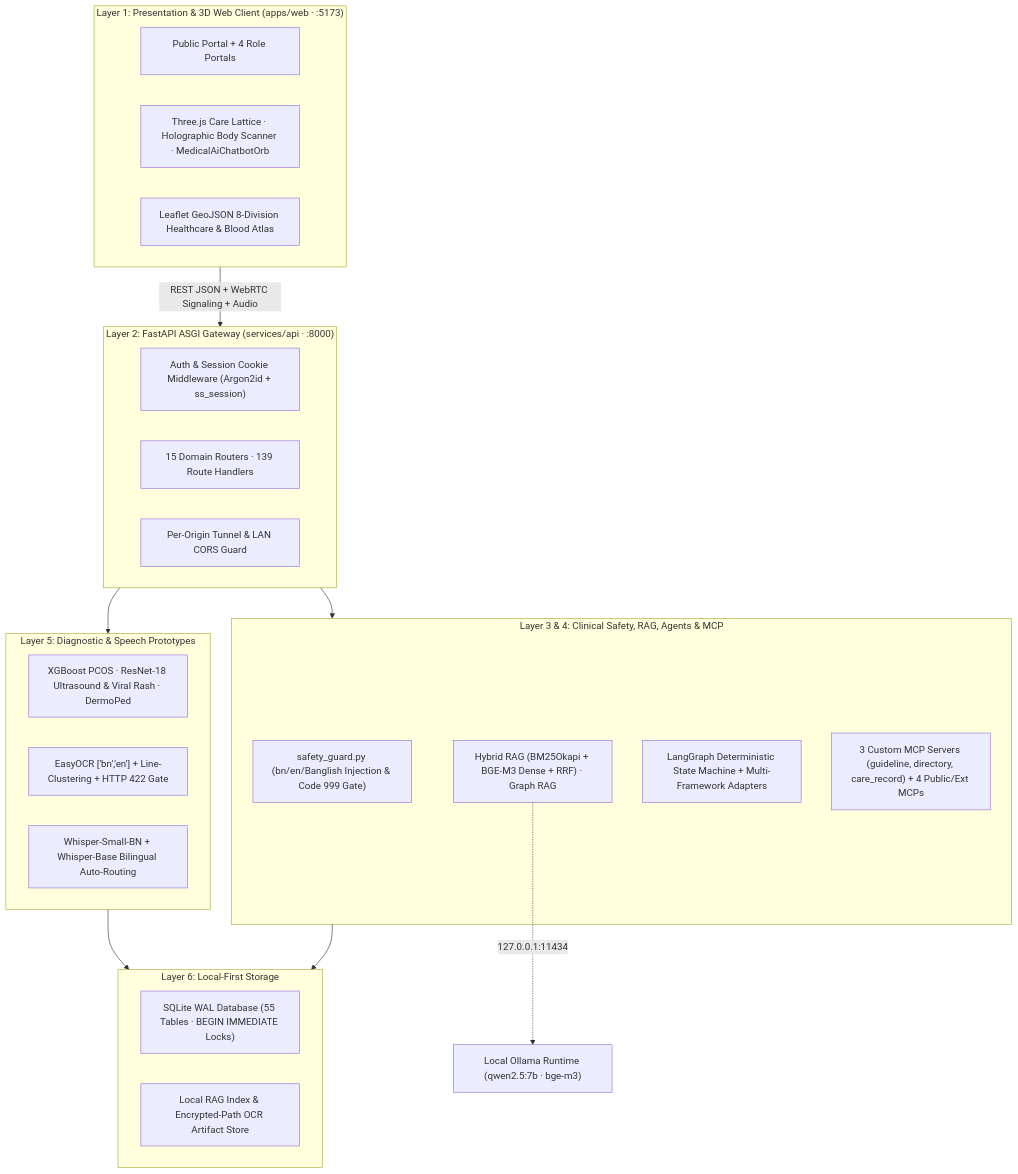
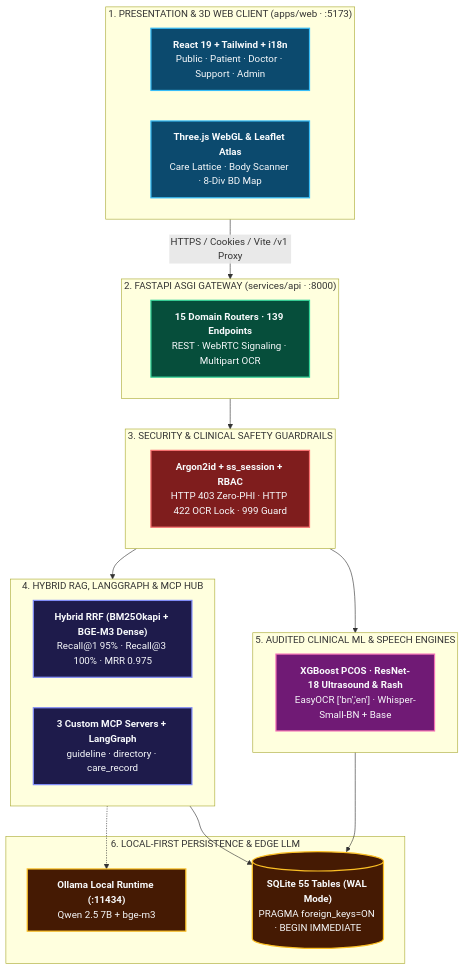
Before and after one commit to ashik123-a1/ShasthoSetu-AI: the first of 3 diagrams in docs/ARCHITECTURE.md, drawn with Mermaid. The commit also changed other lines of this file and 599 other files, not shown here.

Commit message:
docs(showcase): custom SVG banner, 9 fresh verified UI screenshots, full-color Mermaid architecture, clean root/docs/research restructure & faculty-ready A-Z README

````diff
--- a/docs/ARCHITECTURE.md
+++ b/docs/ARCHITECTURE.md
@@ -9,37 +9,42 @@
 ```mermaid
 flowchart TB
-    subgraph Client["Layer 1: Presentation & 3D Web Client (apps/web · :5173)"]
-        UI["Public Portal + 4 Role Portals"]
-        THREE["Three.js Care Lattice · Holographic Body Scanner · MedicalAiChatbotOrb"]
-        MAP["Leaflet GeoJSON 8-Division Healthcare & Blood Atlas"]
+    classDef uiLayer fill:#0c4a6e,stroke:#38bdf8,stroke-width:2px,color:#f8fafc;
+    classDef apiLayer fill:#064e3b,stroke:#34d399,stroke-width:2px,color:#f8fafc;
+    classDef secLayer fill:#7f1d1d,stroke:#f87171,stroke-width:2px,color:#f8fafc;
+    classDef aiLayer fill:#1e1b4b,stroke:#818cf8,stroke-width:2px,color:#f8fafc;
+    classDef mlLayer fill:#701a75,stroke:#f472b6,stroke-width:2px,color:#f8fafc;
+    classDef dbLayer fill:#451a03,stroke:#fbbf24,stroke-width:2px,color:#f8fafc;
+
+    subgraph L1["1. PRESENTATION & 3D WEB CLIENT (apps/web · :5173)"]
+        UI["<b>React 19 + Tailwind + i18n</b><br/>Public · Patient · Doctor · Support · Admin"]:::uiLayer
+        THREE["<b>Three.js WebGL &amp; Leaflet Atlas</b><br/>Care Lattice · Body Scanner · 8-Div BD Map"]:::uiLayer
     end
 
-    subgraph Gateway["Layer 2: FastAPI ASGI Gateway (services/api · :8000)"]
-        AUTH["Auth & Session Cookie Middleware (Argon2id + ss_session)"]
-        ROUTERS["15 Domain Routers · 139 Route Handlers"]
-        CORS["Per-Origin Tunnel & LAN CORS Guard"]
+    subgraph L2["2. FASTAPI ASGI GATEWAY (services/api · :8000)"]
+        ROUTERS["<b>15 Domain Routers · 139 Endpoints</b><br/>REST · WebRTC Signaling · Multipart OCR"]:::apiLayer
     end
 
-    subgraph AI["Layer 3 & 4: Clinical Safety, RAG, Agents & MCP"]
-        GUARD["safety_guard.py (bn/en/Banglish Injection & Code 999 Gate)"]
-        RAG["Hybrid RAG (BM25Okapi + BGE-M3 Dense + RRF) · Graph RAG"]
-        AGENT["LangGraph Deterministic State Machine + Multi-Framework Adapters"]
-        MCP["3 Custom MCP Servers (guideline, directory, care_record) + 4 Public/Ext MCPs"]
+    subgraph L3["3. SECURITY & CLINICAL SAFETY GUARDRAILS"]
+        SEC["<b>Argon2id + ss_session + RBAC</b><br/>HTTP 403 Zero-PHI · HTTP 422 OCR Lock · 999 Guard"]:::secLayer
     end
 
-    subgraph Models["Layer 5: Diagnostic & Speech Prototypes"]
-        ML["XGBoost PCOS · ResNet-18 Ultrasound & Viral Rash · DermoPed"]
-        OCR["EasyOCR ['bn','en'] + Line-Clustering + HTTP 422 Gate"]
-        VOICE["Whisper-Small-BN + Whisper-Base Bilingual Auto-Routing"]
+    subgraph L4["4. HYBRID RAG, LANGGRAPH &amp; MCP HUB"]
+        RAG["<b>Hybrid RRF (BM25Okapi + BGE-M3 Dense)</b><br/>Recall@1 95% · Recall@3 100% · MRR 0.975"]:::aiLayer
+        MCP["<b>3 Custom MCP Servers + LangGraph</b><br/>guideline · directory · care_record"]:::aiLayer
     end
 
-    subgraph Data["Layer 6: Local-First Storage"]
-        DB["SQLite WAL Database (55 Tables · BEGIN IMMEDIATE Locks)"]
-        VAULT["Local RAG Index & Encrypted-Path OCR Artifact Store"]
+    subgraph L5["5. AUDITED CLINICAL ML &amp; SPEECH ENGINES"]
+        ML["<b>XGBoost PCOS · ResNet-18 Ultrasound &amp; Rash</b><br/>EasyOCR ['bn','en'] · Whisper-Small-BN + Base"]:::mlLayer
     end
 
-    Client -->|"REST JSON + WebRTC Signaling + Audio"| Gateway
-    Gateway --> AI & Models
-    AI & Models --> Data
-    RAG -.->|"127.0.0.1:11434"| OLL["Local Ollama Runtime (qwen2.5:7b · bge-m3)"]
+    subgraph L6["6. LOCAL-FIRST PERSISTENCE &amp; EDGE LLM"]
+        DB[("<b>SQLite 55 Tables (WAL Mode)</b><br/>PRAGMA foreign_keys=ON · BEGIN IMMEDIATE")]:::dbLayer
+        OLL["<b>Ollama Local Runtime (:11434)</b><br/>Qwen 2.5 7B + bge-m3"]:::dbLayer
+    end
+
+    L1 -->|"HTTPS / Cookies / Vite /v1 Proxy"| L2
+    L2 --> L3
+    L3 --> L4 & L5
+    L4 -.-> OLL
+    L4 & L5 --> DB
 ```
````
